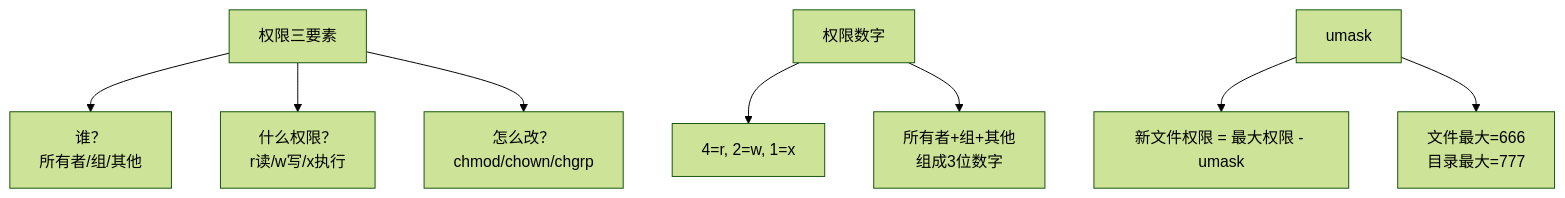
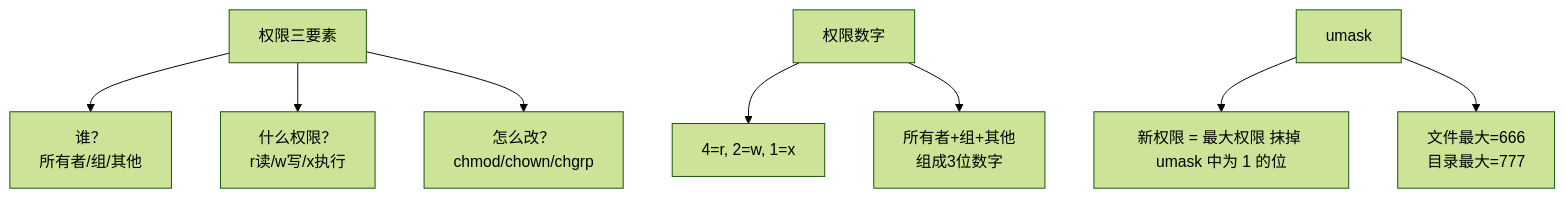
Before and after one commit to before80/prgms: the third of 3 diagrams in content/linux/user_auth/Chapter-18-File-Permission-Details.md, drawn with Mermaid (forest theme). The commit also changed other lines of this file and 1645 other files, not shown here.

````diff
--- a/content/linux/user_auth/Chapter-18-File-Permission-Details.md
+++ b/content/linux/user_auth/Chapter-18-File-Permission-Details.md
@@ -684,12 +740,12 @@
 ```mermaid
 graph TD
     A["权限三要素"] --> B["谁？<br/>所有者/组/其他"]
     A --> C["什么权限？<br/>r读/w写/x执行"]
     A --> D["怎么改？<br/>chmod/chown/chgrp"]
     
     E["权限数字"] --> F["4=r, 2=w, 1=x"]
     E --> G["所有者+组+其他<br/>组成3位数字"]
     
-    H["umask"] --> I["新文件权限 = 最大权限 - umask"]
+    H["umask"] --> I["新权限 = 最大权限 抹掉 umask 中为 1 的位"]
     H --> J["文件最大=666<br/>目录最大=777"]
 ```
````
